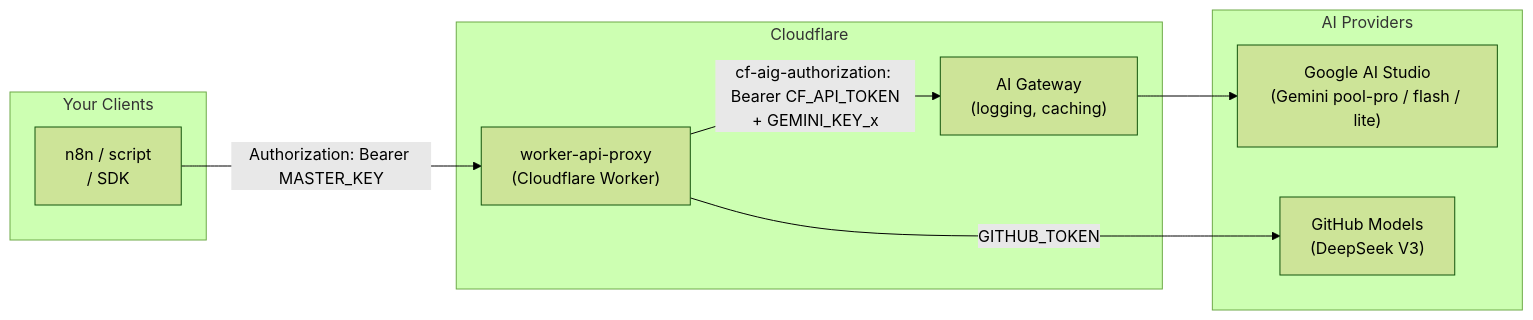
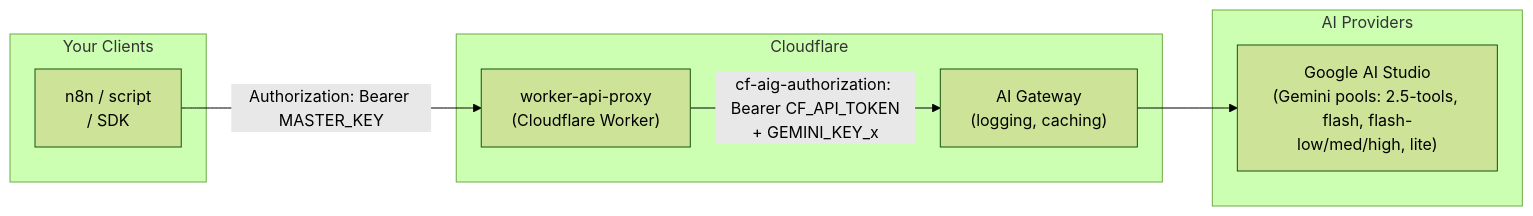
One commit to MohamedEmad-1/Cloudflare-AI-Proxy-Worker changed the diagram in README.md. Above: the diagram before and after it, drawn with Mermaid (forest theme). The commit also changed other lines of this file and 5 other files, not shown here.

Commit message:
refine pool and requests for tools

````diff
--- a/README.md
+++ b/README.md
@@ -11,21 +11,19 @@
 ```mermaid
 flowchart LR
     subgraph Clients["Your Clients"]
         n8n["n8n / script\n/ SDK"]
     end
 
     subgraph CF["Cloudflare"]
         Worker["worker-api-proxy\n(Cloudflare Worker)"]
         Gateway["AI Gateway\n(logging, caching)"]
     end
 
     subgraph Providers["AI Providers"]
-        Gemini["Google AI Studio\n(Gemini pool-pro / flash / lite)"]
-        GitHub["GitHub Models\n(DeepSeek V3)"]
+      Gemini["Google AI Studio<br/>(Gemini pools: 2.5-tools, flash, flash-low/med/high, lite)"]
     end
 
     n8n -->|"Authorization: Bearer MASTER_KEY"| Worker
-    Worker -->|"cf-aig-authorization: Bearer CF_API_TOKEN\n+ GEMINI_KEY_x"| Gateway
-    Worker -->|"GITHUB_TOKEN"| GitHub
+    Worker -->|"cf-aig-authorization: Bearer CF_API_TOKEN<br/>+ GEMINI_KEY_x"| Gateway
     Gateway --> Gemini
 ```
````
